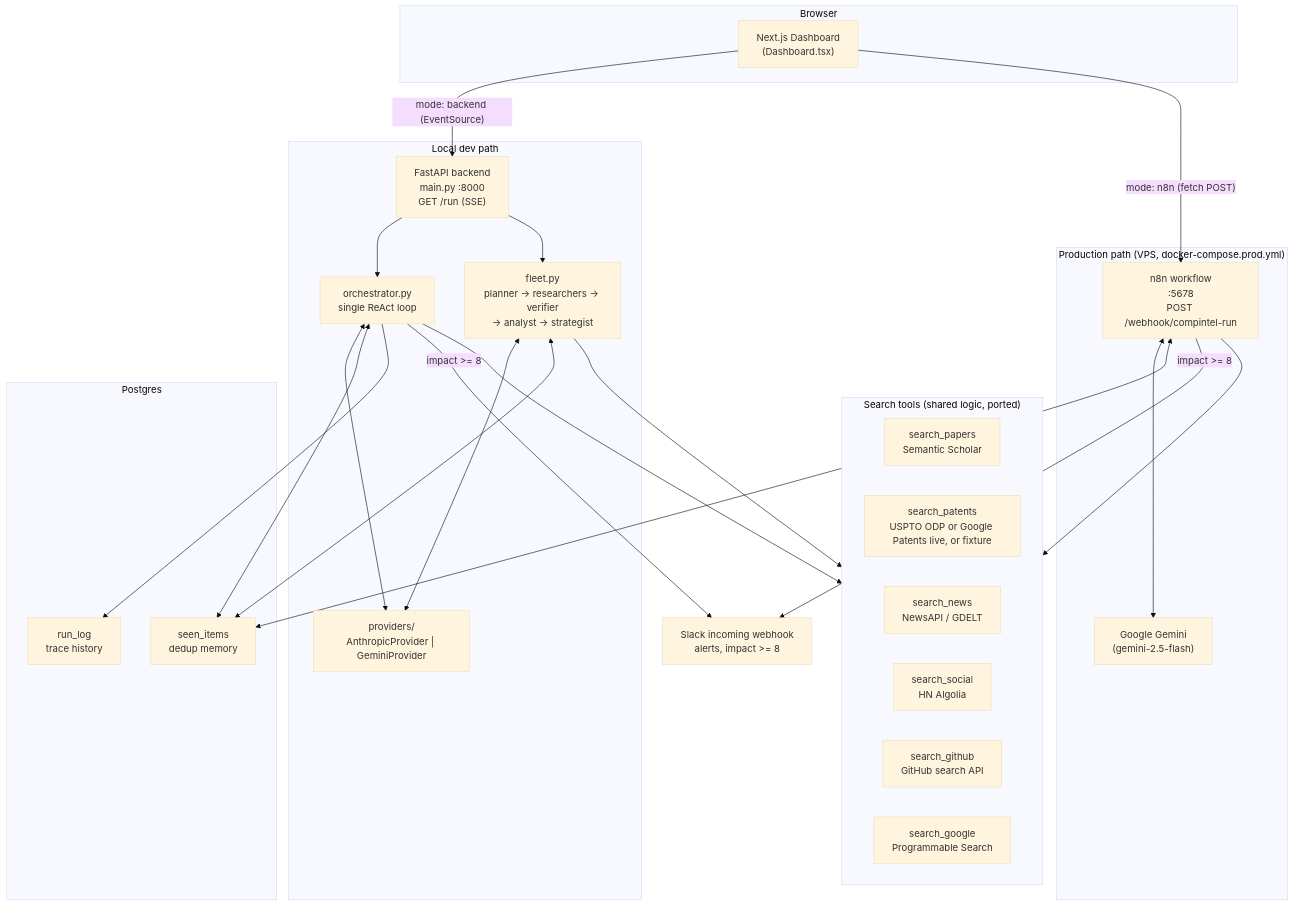
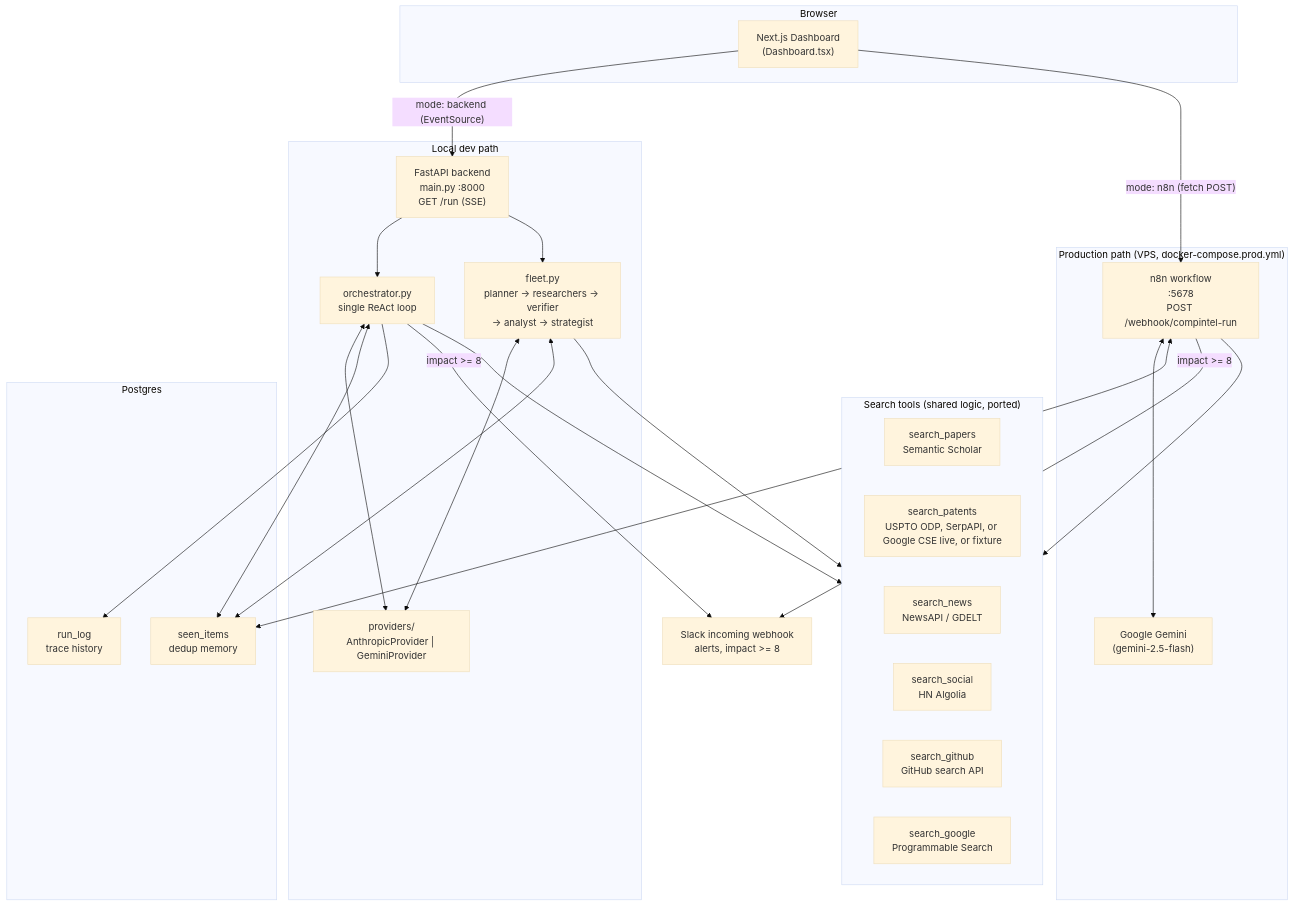
The first of 7 diagrams in docs/ARCHITECTURE.md (ByteNinjaSmit/Agentx), drawn with Mermaid (base theme) before and after one commit. The commit also changed 5 other files, not shown here.

````diff
--- a/docs/ARCHITECTURE.md
+++ b/docs/ARCHITECTURE.md
@@ -27,54 +27,54 @@
 ```mermaid
 flowchart TB
     subgraph Client["Browser"]
         UI["Next.js Dashboard<br/>(Dashboard.tsx)"]
     end
 
     subgraph LocalDev["Local dev path"]
         API["FastAPI backend<br/>main.py :8000<br/>GET /run (SSE)"]
         Providers["providers/<br/>AnthropicProvider | GeminiProvider"]
         Orchestrator["orchestrator.py<br/>single ReAct loop"]
         FleetPy["fleet.py<br/>planner → researchers → verifier<br/>→ analyst → strategist"]
         API --> Orchestrator
         API --> FleetPy
         Orchestrator <--> Providers
         FleetPy <--> Providers
     end
 
     subgraph Prod["Production path (VPS, docker-compose.prod.yml)"]
         N8N["n8n workflow<br/>:5678<br/>POST /webhook/compintel-run"]
         Gemini["Google Gemini<br/>(gemini-2.5-flash)"]
         N8N <--> Gemini
     end
 
     subgraph Tools["Search tools (shared logic, ported)"]
         T1["search_papers<br/>Semantic Scholar"]
-        T2["search_patents<br/>USPTO ODP or Google Patents live, or fixture"]
+        T2["search_patents<br/>USPTO ODP, SerpAPI, or Google CSE live, or fixture"]
         T3["search_news<br/>NewsAPI / GDELT"]
         T4["search_social<br/>HN Algolia"]
         T5["search_github<br/>GitHub search API"]
         T6["search_google<br/>Programmable Search"]
     end
 
     subgraph DB["Postgres"]
         Seen["seen_items<br/>dedup memory"]
         Runs["run_log<br/>trace history"]
     end
 
     Slack["Slack incoming webhook<br/>alerts, impact >= 8"]
 
     UI -- "mode: backend (EventSource)" --> API
     UI -- "mode: n8n (fetch POST)" --> N8N
 
     Orchestrator --> Tools
     FleetPy --> Tools
     N8N --> Tools
 
     Orchestrator <--> Seen
     FleetPy <--> Seen
     Orchestrator --> Runs
     N8N <--> Seen
 
     Orchestrator -- "impact >= 8" --> Slack
     N8N -- "impact >= 8" --> Slack
 ```
````
